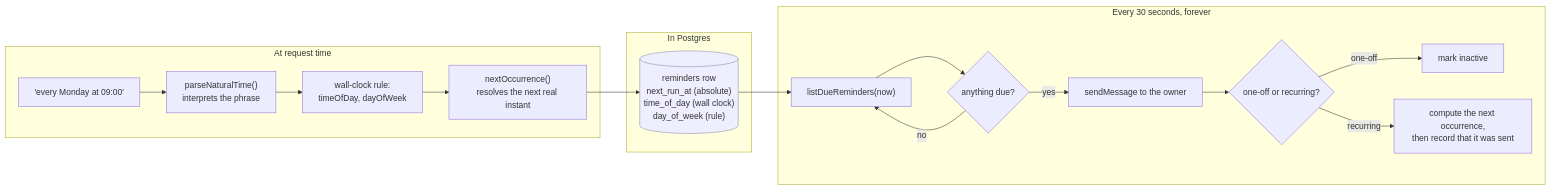
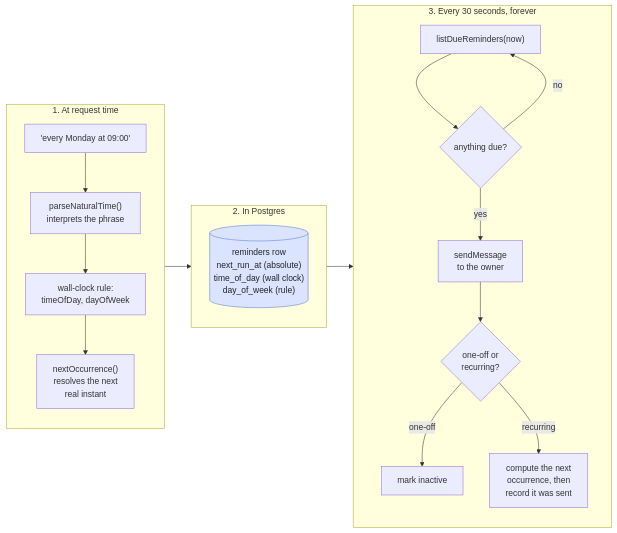
The fifth of 11 diagrams in docs/architecture.md (e1010101/my-helper), drawn with Mermaid before and after one commit. The commit also changed other lines of this file and 9 other files, not shown here.

First line of the commit message:
docs: add GitNexus guidance and correct architecture gaps

````diff
--- a/docs/architecture.md
+++ b/docs/architecture.md
@@ -277,25 +265,29 @@
 ```mermaid
 flowchart LR
-    subgraph Request["At request time"]
+    subgraph Request["1. At request time"]
+        direction TB
         Ask["'every Monday at 09:00'"] --> Parse["parseNaturalTime()<br/>interprets the phrase"]
         Parse --> Rule["wall-clock rule:<br/>timeOfDay, dayOfWeek"]
-        Rule --> Next["nextOccurrence()<br/>resolves the next real instant"]
+        Rule --> Next["nextOccurrence()<br/>resolves the next<br/>real instant"]
     end
 
-    subgraph Storage["In Postgres"]
-        Next --> Row[("reminders row<br/>next_run_at  (absolute)<br/>time_of_day  (wall clock)<br/>day_of_week  (rule)")]
+    subgraph Storage["2. In Postgres"]
+        direction TB
+        Row[("reminders row<br/>next_run_at (absolute)<br/>time_of_day (wall clock)<br/>day_of_week (rule)")]
     end
 
-    subgraph Runtime["Every 30 seconds, forever"]
-        Row --> Poll["listDueReminders(now)"]
-        Poll --> Any{"anything due?"}
+    subgraph Runtime["3. Every 30 seconds, forever"]
+        direction TB
+        Poll["listDueReminders(now)"] --> Any{"anything due?"}
         Any -->|no| Poll
-        Any -->|yes| Deliver["sendMessage to the owner"]
-        Deliver --> Done{"one-off or recurring?"}
+        Any -->|yes| Deliver["sendMessage<br/>to the owner"]
+        Deliver --> Done{"one-off or<br/>recurring?"}
         Done -->|one-off| Deactivate["mark inactive"]
-        Done -->|recurring| Reschedule["compute the next occurrence,<br/>then record that it was sent"]
+        Done -->|recurring| Reschedule["compute the next<br/>occurrence, then<br/>record it was sent"]
     end
 
-    classDef store fill:#eef,stroke:#88a
+    Request --> Storage --> Runtime
+
+    classDef store fill:#dbe4ff,stroke:#5b7bd5,color:#1f2328
     class Row store
 ```
````
